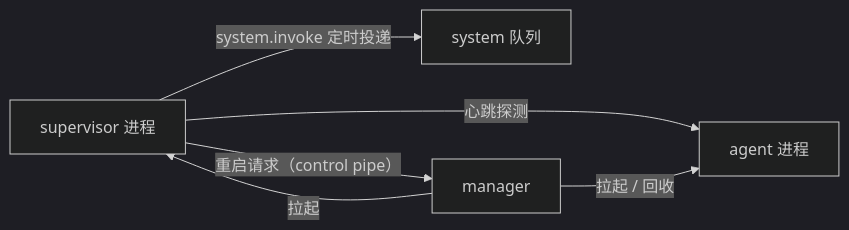
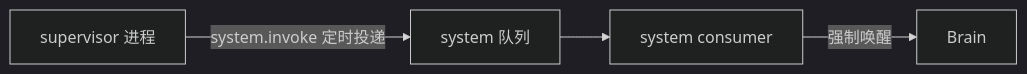
The diagram in spec/feature-supervisor.md (HymioSpace/Oath), drawn with Mermaid (dark theme) before and after one commit. The commit also changed other lines of this file and 12 other files, not shown here.

````diff
--- a/spec/feature-supervisor.md
+++ b/spec/feature-supervisor.md
@@ -14,8 +14,6 @@
 ```mermaid
 flowchart LR
     S[supervisor 进程] -->|system.invoke 定时投递| Q[system 队列]
-    S -->|心跳探测| A[agent 进程]
-    S -->|重启请求（control pipe）| M[manager]
-    M -->|拉起 / 回收| A
-    M -->|拉起| S
+    Q --> C[system consumer]
+    C -->|强制唤醒| B[Brain]
 ```
````
